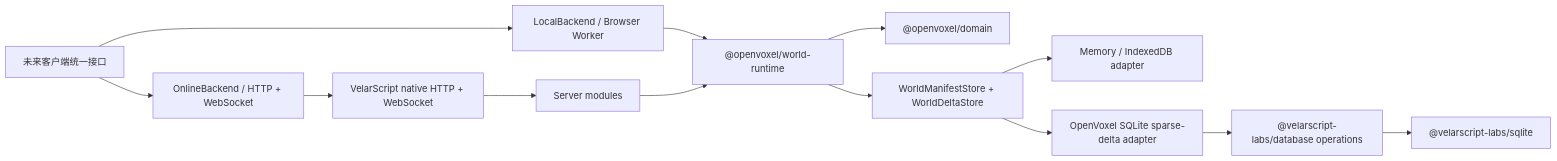
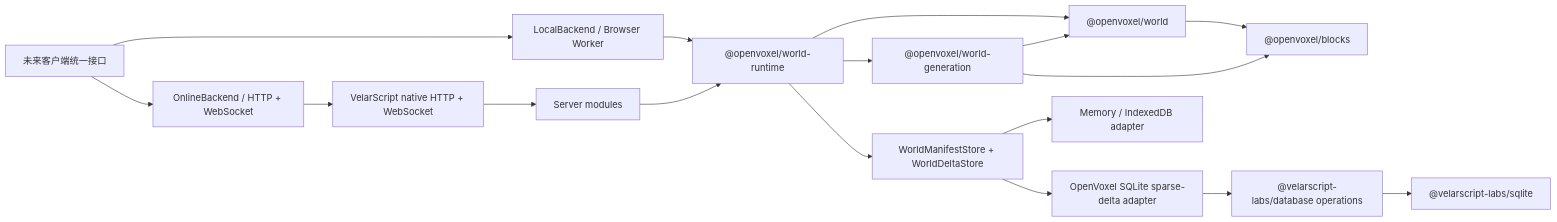
Before and after one commit to VelarOS-AI/openvoxel: the diagram in README.md, drawn with Mermaid. The commit also changed other lines of this file and 60 other files, not shown here.

````diff
--- a/README.md
+++ b/README.md
@@ -43,15 +43,19 @@
 ```mermaid
 flowchart LR
     C["未来客户端统一接口"] --> L["LocalBackend / Browser Worker"]
     C --> O["OnlineBackend / HTTP + WebSocket"]
     L --> R["@openvoxel/world-runtime"]
     O --> N["VelarScript native HTTP + WebSocket"]
     N --> M["Server modules"]
     M --> R
-    R --> D["@openvoxel/domain"]
+    R --> W["@openvoxel/world"]
+    R --> G["@openvoxel/world-generation"]
+    G --> W
+    W --> B["@openvoxel/blocks"]
+    G --> B
     R --> P["WorldManifestStore + WorldDeltaStore"]
     P --> I["Memory / IndexedDB adapter"]
     P --> Q["OpenVoxel SQLite sparse-delta adapter"]
     Q --> A["@velarscript-labs/database operations"]
     A --> S["@velarscript-labs/sqlite"]
 ```
````
